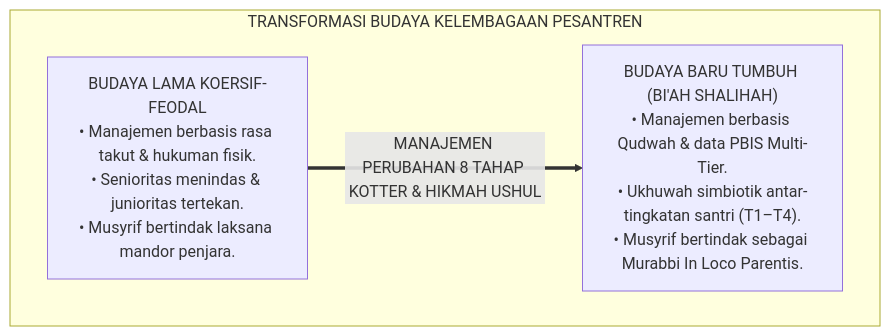
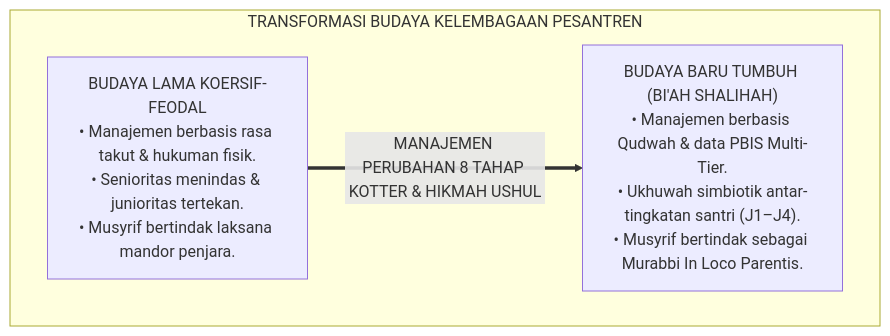
Before and after one commit to wandiapriliyandi/tumbuh: the first of 7 diagrams in 02 Principles/07 Implementation Principles/P2-07-01-Prinsip-Manajemen-Perubahan-Budaya-Pesantren.md, drawn with Mermaid. The commit also changed 209 other files, not shown here.

````diff
--- a/02 Principles/07 Implementation Principles/P2-07-01-Prinsip-Manajemen-Perubahan-Budaya-Pesantren.md
+++ b/02 Principles/07 Implementation Principles/P2-07-01-Prinsip-Manajemen-Perubahan-Budaya-Pesantren.md
@@ -58,10 +58,10 @@
 ```mermaid
 flowchart TD
     subgraph TransformasiBudayaPesantren["TRANSFORMASI BUDAYA KELEMBAGAAN PESANTREN"]
         BudayaLama["BUDAYA LAMA KOERSIF-FEODAL<br/>• Manajemen berbasis rasa takut & hukuman fisik.<br/>• Senioritas menindas & junioritas tertekan.<br/>• Musyrif bertindak laksana mandor penjara."]
         
-        BudayaTUMBUH["BUDAYA BARU TUMBUH (BI'AH SHALIHAH)<br/>• Manajemen berbasis Qudwah & data PBIS Multi-Tier.<br/>• Ukhuwah simbiotik antar-tingkatan santri (T1–T4).<br/>• Musyrif bertindak sebagai Murabbi In Loco Parentis."]
+        BudayaTUMBUH["BUDAYA BARU TUMBUH (BI'AH SHALIHAH)<br/>• Manajemen berbasis Qudwah & data PBIS Multi-Tier.<br/>• Ukhuwah simbiotik antar-tingkatan santri (J1–J4).<br/>• Musyrif bertindak sebagai Murabbi In Loco Parentis."]
         
         BudayaLama ==>|MANAJEMEN PERUBAHAN 8 TAHAP KOTTER & HIKMAH USHUL| BudayaTUMBUH
     end
 ```
````
